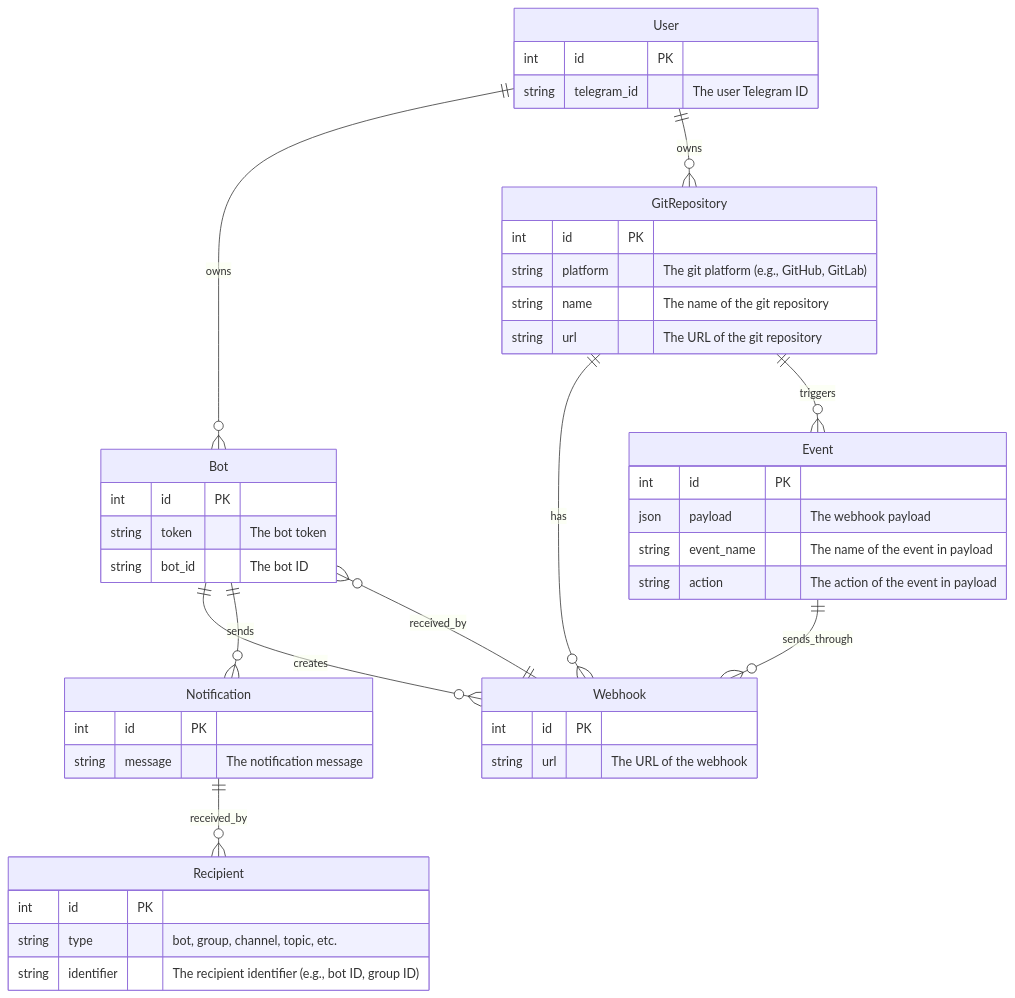
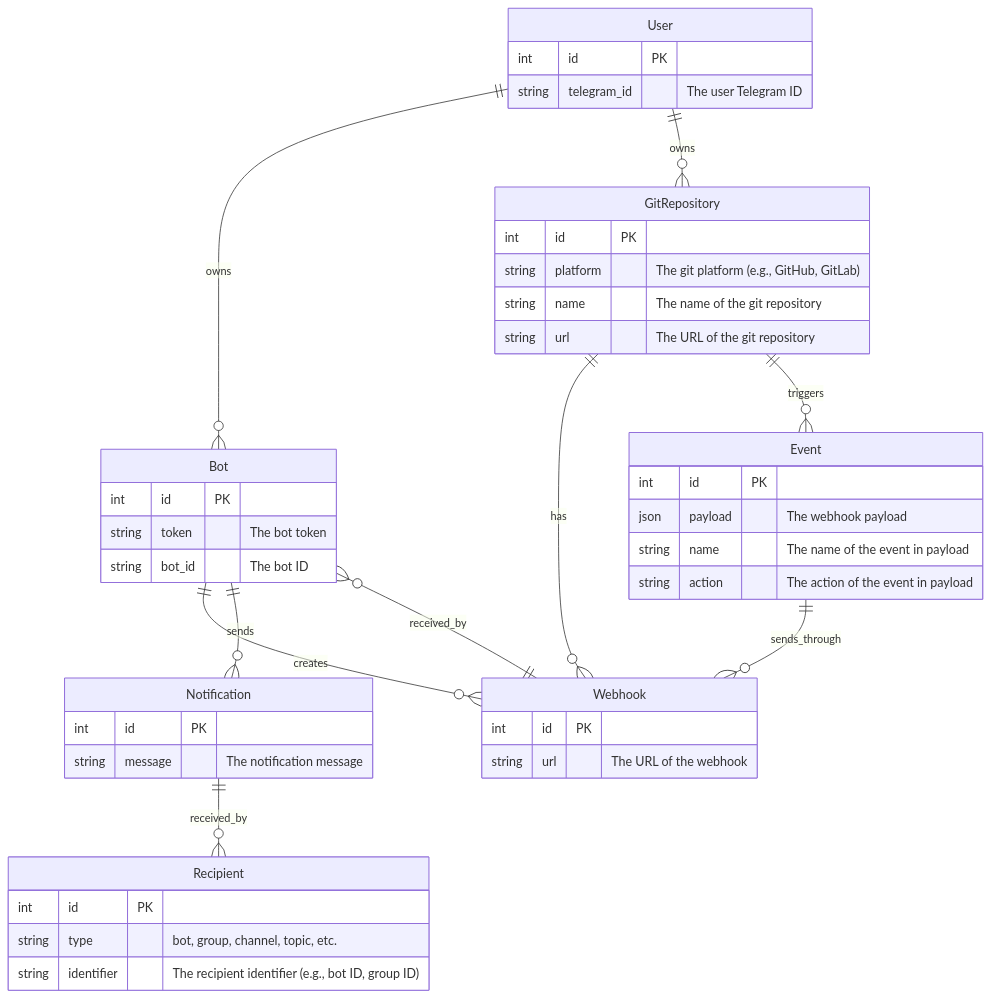
The first of 2 diagrams in docs/single/send-notification-flow.md (cslant/laravel-telegram-git-notifier), drawn with Mermaid before and after one commit. The commit also changed other lines of this file, not shown here.

Commit message:
docs: update flowchart for the send notification flow

````diff
--- a/docs/single/send-notification-flow.md
+++ b/docs/single/send-notification-flow.md
@@ -47,53 +47,53 @@
 ```mermaid
 erDiagram
     User ||--o{ Bot: owns
     User ||--o{ GitRepository: owns
     Bot ||--o{ Webhook: creates
     GitRepository ||--o{ Webhook: has
     GitRepository ||--o{ Event: triggers
     Event ||--o{ Webhook: sends_through
     Webhook ||--o{ Bot: received_by
     Bot ||--o{ Notification: sends
     Notification ||--o{ Recipient: received_by
 
     Bot {
         int id PK
         string token "The bot token" 
         string bot_id "The bot ID"
     }
 
     User {
         int id PK
         string telegram_id "The user Telegram ID"
     }
 
     Webhook {
         int id PK
         string url "The URL of the webhook"
     }
 
     Event {
         int id PK
         json payload "The webhook payload"
-        string event_name "The name of the event in payload"
+        string name "The name of the event in payload"
         string action "The action of the event in payload"
     }
 
     Notification {
         int id PK
         string message "The notification message"
     }
 
     Recipient {
         int id PK
         string type "bot, group, channel, topic, etc."
         string identifier "The recipient identifier (e.g., bot ID, group ID)"
     }
 
     GitRepository {
         int id PK
         string platform "The git platform (e.g., GitHub, GitLab)"
         string name "The name of the git repository"
         string url "The URL of the git repository"
     }
 ```
````
